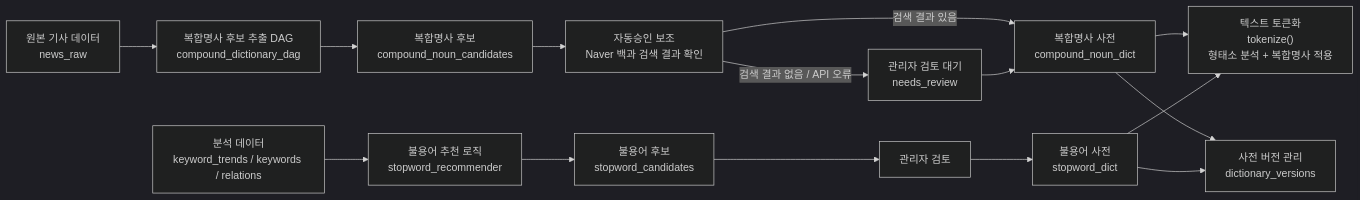
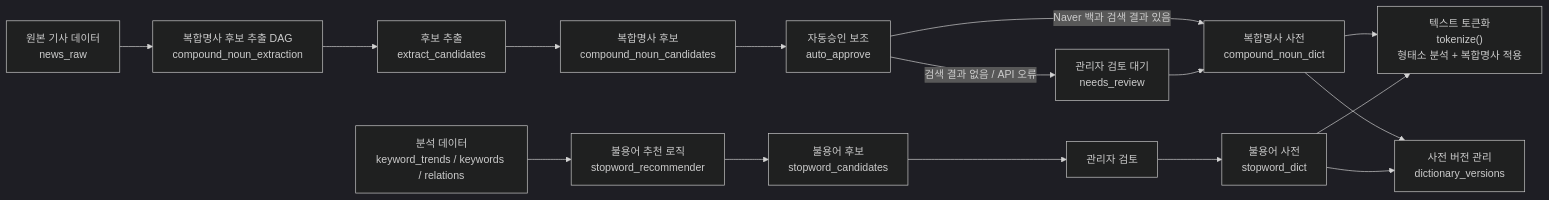
One commit to yeongmin-yu/news-trend-pipeline-dev changed the diagram in docs/design/STEP2-3_DICTIONARY.md. Above: the diagram before and after it, drawn with Mermaid (dark theme). The commit also changed other lines of this file, not shown here.

Commit message:
docs: align dictionary docs with compound noun extraction DAG

````diff
--- a/docs/design/STEP2-3_DICTIONARY.md
+++ b/docs/design/STEP2-3_DICTIONARY.md
@@ -25,26 +25,21 @@
 ```mermaid
 flowchart LR
-    %% 기존 사전 → 전처리
     A["복합명사 사전<br/>compound_noun_dict"] --> B["텍스트 토큰화<br/>tokenize()<br/>형태소 분석 + 복합명사 적용"]
     C["불용어 사전<br/>stopword_dict"] --> B
 
-    %% 기사 기반 후보 생성
-    D["원본 기사 데이터<br/>news_raw"] --> E["복합명사 후보 추출 DAG<br/>compound_dictionary_dag"]
-    E --> F["복합명사 후보<br/>compound_noun_candidates"]
+    D["원본 기사 데이터<br/>news_raw"] --> E["복합명사 후보 추출 DAG<br/>compound_noun_extraction"]
+    E --> F["후보 추출<br/>extract_candidates"]
+    F --> G["복합명사 후보<br/>compound_noun_candidates"]
+    G --> H["자동승인 보조<br/>auto_approve"]
+    H -->|"Naver 백과 검색 결과 있음"| A
+    H -->|"검색 결과 없음 / API 오류"| I["관리자 검토 대기<br/>needs_review"]
+    I --> A
 
-    %% 후보 검토 → 사전 반영
-    F --> G["자동승인 보조<br/>Naver 백과 검색 결과 확인"]
-    G -->|"검색 결과 있음"| A
-    G -->|"검색 결과 없음 / API 오류"| H["관리자 검토 대기<br/>needs_review"]
-    H --> A
+    J["분석 데이터<br/>keyword_trends / keywords / relations"] --> K["불용어 추천 로직<br/>stopword_recommender"]
+    K --> L["불용어 후보<br/>stopword_candidates"]
+    L --> M["관리자 검토"]
+    M --> C
 
-    %% 불용어 추천 흐름
-    I["분석 데이터<br/>keyword_trends / keywords / relations"] --> J["불용어 추천 로직<br/>stopword_recommender"]
-    J --> K["불용어 후보<br/>stopword_candidates"]
-    K --> L["관리자 검토"]
-    L --> C
-
-    %% 사전 버전 관리
-    A --> M["사전 버전 관리<br/>dictionary_versions"]
-    C --> M
+    A --> N["사전 버전 관리<br/>dictionary_versions"]
+    C --> N
 ```
````
